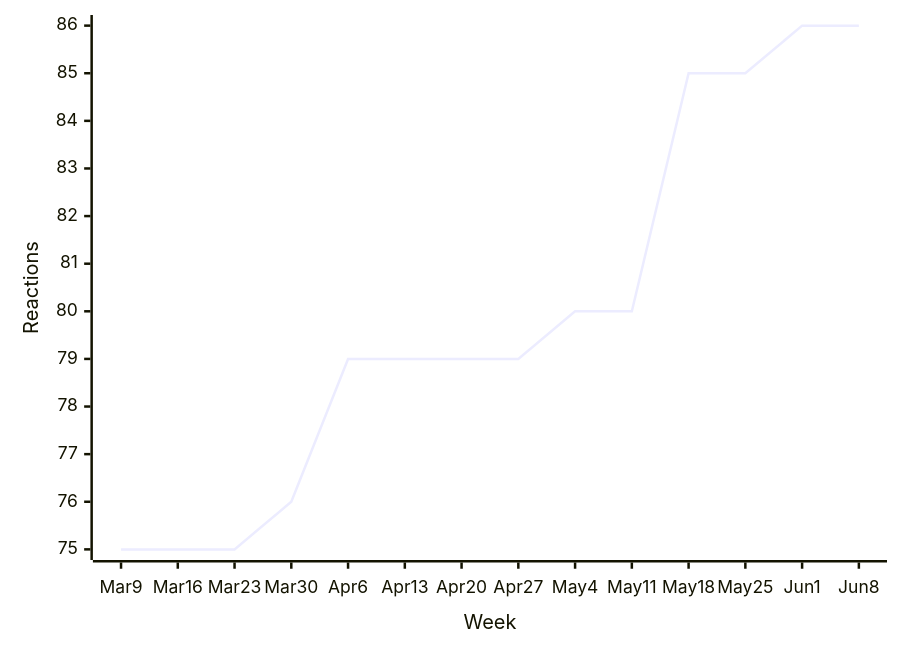
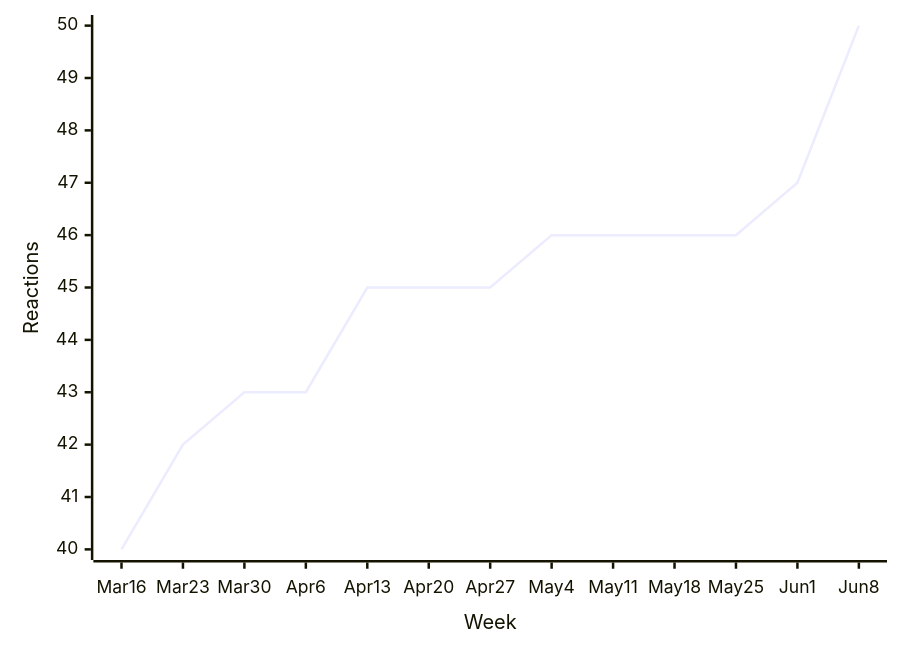
Before and after one commit to loic-sharma/github-insights: diagram 13 of 45 in README.md, drawn with Mermaid. The commit also changed other lines of this file and 3 other files, not shown here.

````diff
--- a/README.md
+++ b/README.md
@@ -543,6 +543,6 @@
   ```mermaid
   xychart-beta
-    x-axis "Week" [Mar 9, Mar 16, Mar 23, Mar 30, Apr 6, Apr 13, Apr 20, Apr 27, May 4, May 11, May 18, May 25, Jun 1, Jun 8]
+    x-axis "Week" [Mar 16, Mar 23, Mar 30, Apr 6, Apr 13, Apr 20, Apr 27, May 4, May 11, May 18, May 25, Jun 1, Jun 8]
     y-axis "Reactions"
-    line [75, 75, 75, 76, 79, 79, 79, 79, 80, 80, 85, 85, 86, 86]
+    line [40, 42, 43, 43, 45, 45, 45, 46, 46, 46, 46, 47, 50]
   ```
````
